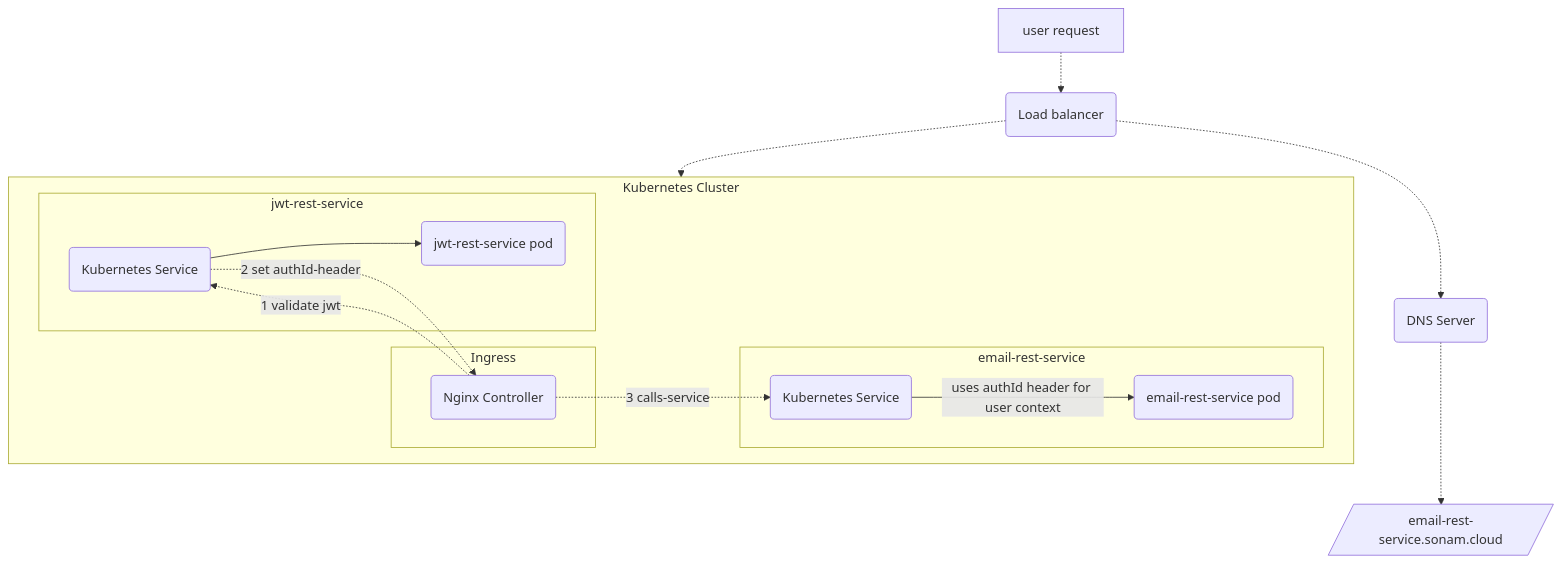
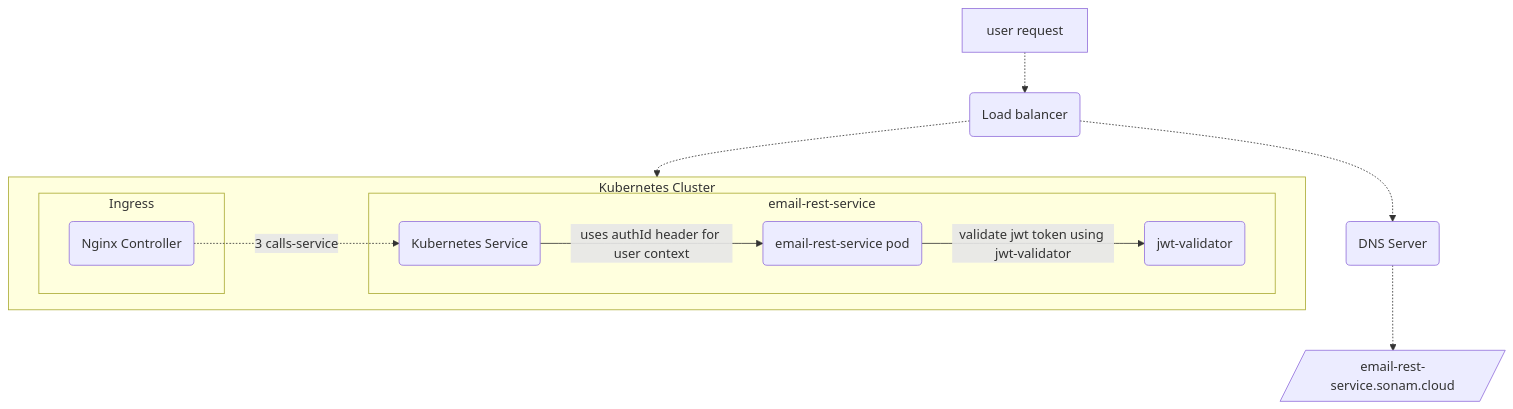
One commit to sonamsamdupkhangsar/sonamsamdupkhangsar.github.io changed the first of 2 diagrams in README.md. Above: the diagram before and after it, drawn with Mermaid. The commit also changed other lines of this file and 1 other file, not shown here.

Commit message:
remove nginx auth

````diff
--- a/README.md
+++ b/README.md
@@ -12,24 +12,22 @@
 ```mermaid
 flowchart TD
     A[user request] -.-> B(Load balancer)
     B -.-> C(DNS Server)
     C -.-> D[/email-rest-service.sonam.cloud/]
+
     subgraph k8[Kubernetes Cluster]
     subgraph ingress[Ingress]
     F(Nginx Controller)
     end
+
     subgraph app[email-rest-service]
     G(Kubernetes Service)
-    G -- uses authId header for user context --> H(email-rest-service pod)    
+    G -- uses authId header for user context --> H(email-rest-service pod)
+    H -- validate jwt token using jwt-validator --> JwtValidator(jwt-validator)    
     end    
-    subgraph jwt[jwt-rest-service]
-    I(Kubernetes Service)
-    I --> J(jwt-rest-service pod)
-    end    
+    
     end
     F -. 3 calls-service .-> G
-    F -. 1 validate jwt .-> I
     B -.-> k8
-    I -. 2 set authId-header .-> F
     
 ```
````
